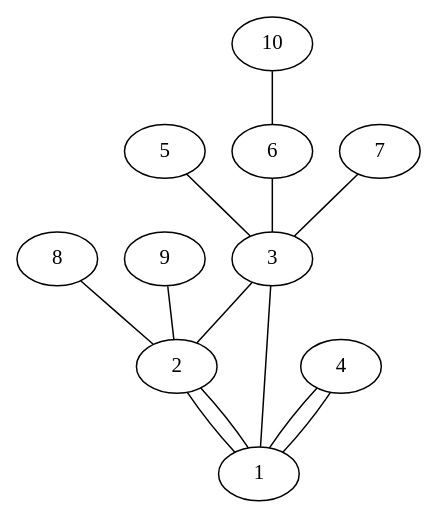
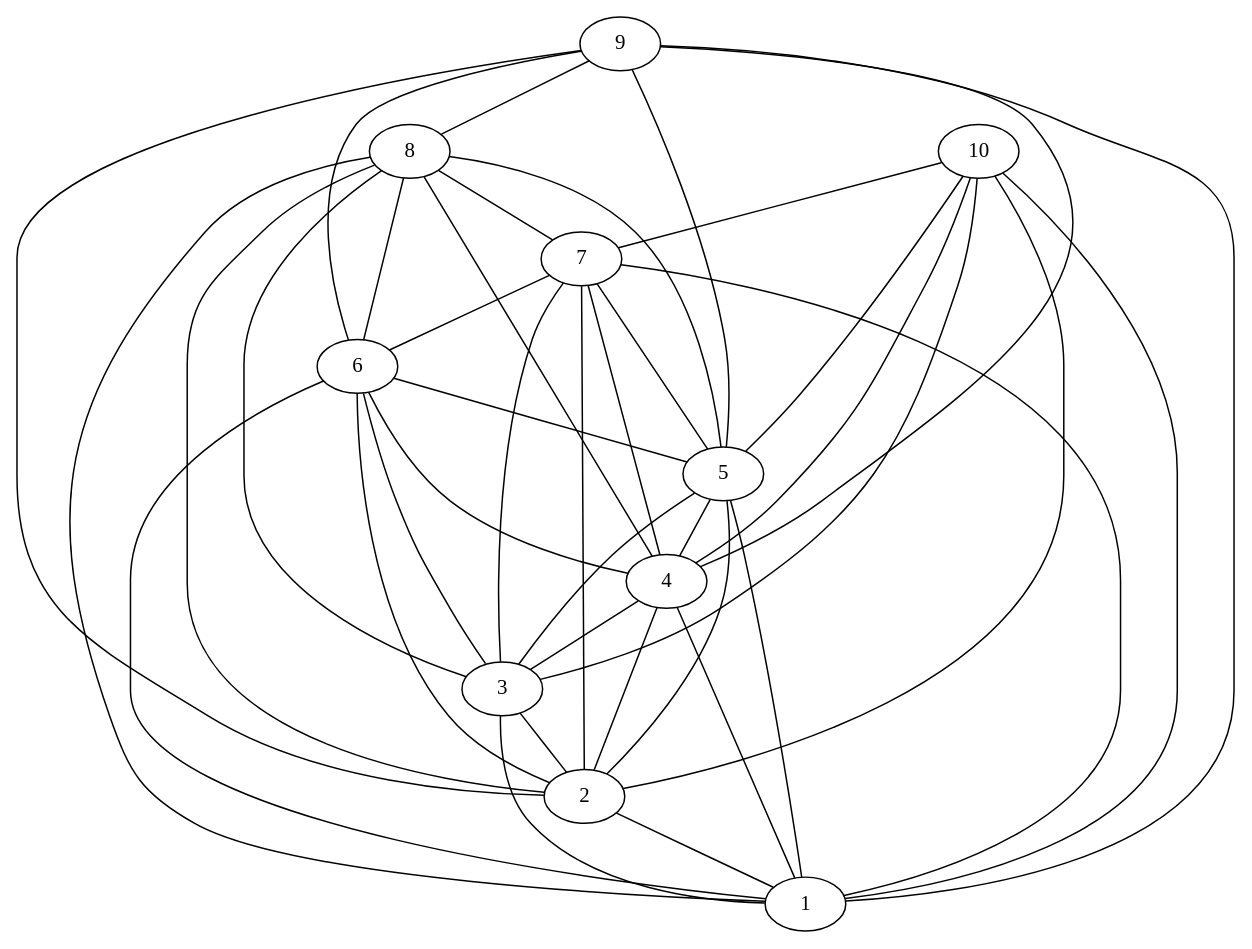
One commit to felixble/htw-ava-ws16-rumor changed the diagram in config/graph2.dot. Above: the diagram before and after it, drawn with Graphviz. The commit also changed 3 other files, not shown here.

```diff
--- a/config/graph2.dot
+++ b/config/graph2.dot
@@ -1,14 +1,42 @@
 graph G {
 2 -- 1;
+3 -- 2;
+4 -- 2;
+5 -- 4;
+6 -- 5;
+7 -- 6;
+8 -- 1;
+9 -- 5;
+10 -- 1;
 3 -- 1;
+4 -- 3;
+5 -- 3;
+6 -- 2;
+7 -- 1;
+8 -- 5;
+9 -- 8;
+10 -- 5;
 4 -- 1;
-5 -- 3;
+5 -- 1;
 6 -- 3;
+7 -- 2;
+8 -- 2;
+9 -- 1;
+10 -- 7;
+5 -- 2;
+6 -- 1;
+7 -- 4;
+8 -- 3;
+9 -- 6;
+10 -- 4;
+6 -- 4;
 7 -- 3;
-8 -- 2;
+8 -- 6;
 9 -- 2;
-10 -- 6;
-2 -- 1;
-3 -- 2;
-4 -- 1;
+10 -- 2;
+7 -- 5;
+8 -- 4;
+9 -- 4;
+10 -- 3;
+8 -- 7;
 }
```
